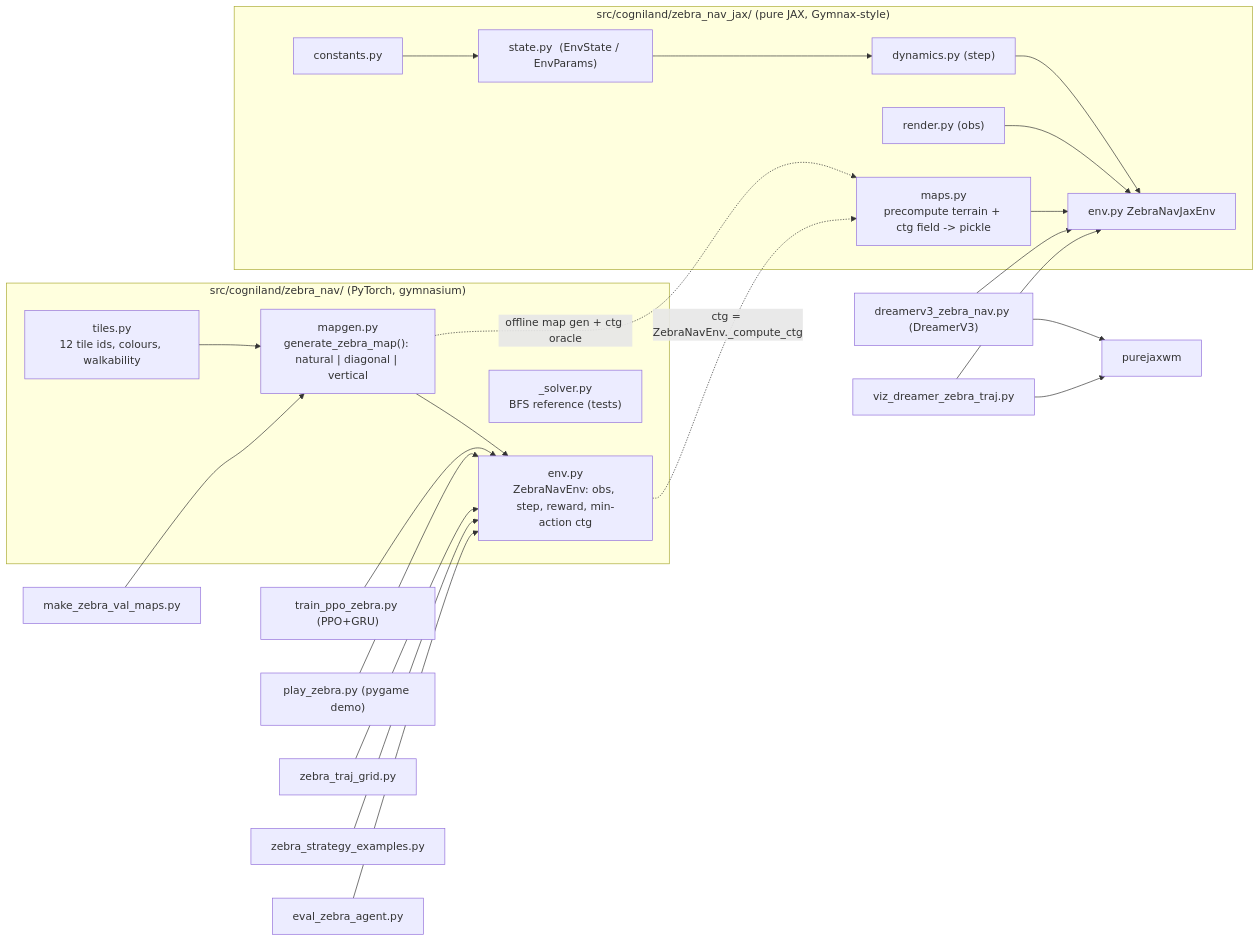
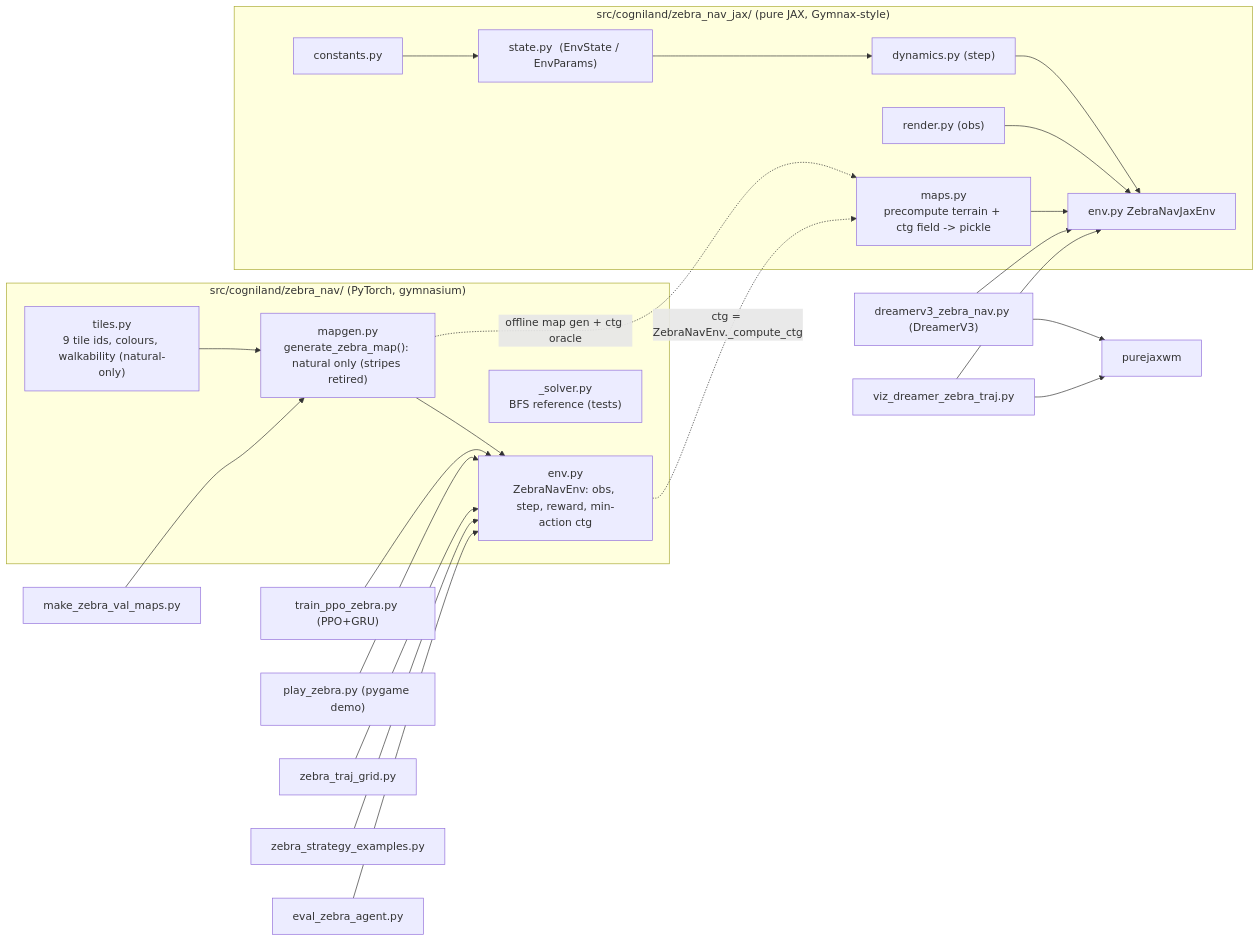
The second of 3 diagrams in docs/codebase_map.md (0xbadc0ffe/Crusoe-Cogniland), drawn with Mermaid before and after one commit. The commit also changed other lines of this file and 23 other files, not shown here.

````diff
--- a/docs/codebase_map.md
+++ b/docs/codebase_map.md
@@ -70,38 +76,38 @@
 ```mermaid
 flowchart LR
     subgraph SRC["src/cogniland/zebra_nav/  (PyTorch, gymnasium)"]
-        T["tiles.py<br/>12 tile ids, colours, walkability"]
-        M["mapgen.py<br/>generate_zebra_map(): natural | diagonal | vertical"]
+        T["tiles.py<br/>9 tile ids, colours, walkability (natural-only)"]
+        M["mapgen.py<br/>generate_zebra_map(): natural only (stripes retired)"]
         E["env.py<br/>ZebraNavEnv: obs, step, reward, min-action ctg"]
         S["_solver.py<br/>BFS reference (tests)"]
         T --> M --> E
     end
 
     subgraph JAX["src/cogniland/zebra_nav_jax/  (pure JAX, Gymnax-style)"]
         JC["constants.py"]
         JS["state.py  (EnvState / EnvParams)"]
         JD["dynamics.py  (step)"]
         JR["render.py  (obs)"]
         JE["env.py  ZebraNavJaxEnv"]
         JM["maps.py<br/>precompute terrain + ctg field -> pickle"]
         JC --> JS --> JD --> JE
         JR --> JE
     end
 
     M -. "offline map gen + ctg oracle" .-> JM
     E -. "ctg = ZebraNavEnv._compute_ctg" .-> JM
     JM --> JE
 
     %% consumers
     PZ["train_ppo_zebra.py (PPO+GRU)"] --> E
     PLAY["play_zebra.py (pygame demo)"] --> E
     GRID["zebra_traj_grid.py"] --> E
     STRAT["zebra_strategy_examples.py"] --> E
     EVAL["eval_zebra_agent.py"] --> E
     VAL["make_zebra_val_maps.py"] --> M
 
     DZ["dreamerv3_zebra_nav.py (DreamerV3)"] --> JE
     VDZ["viz_dreamer_zebra_traj.py"] --> JE
     DZ --> PURE["purejaxwm"]
     VDZ --> PURE
 ```
````
